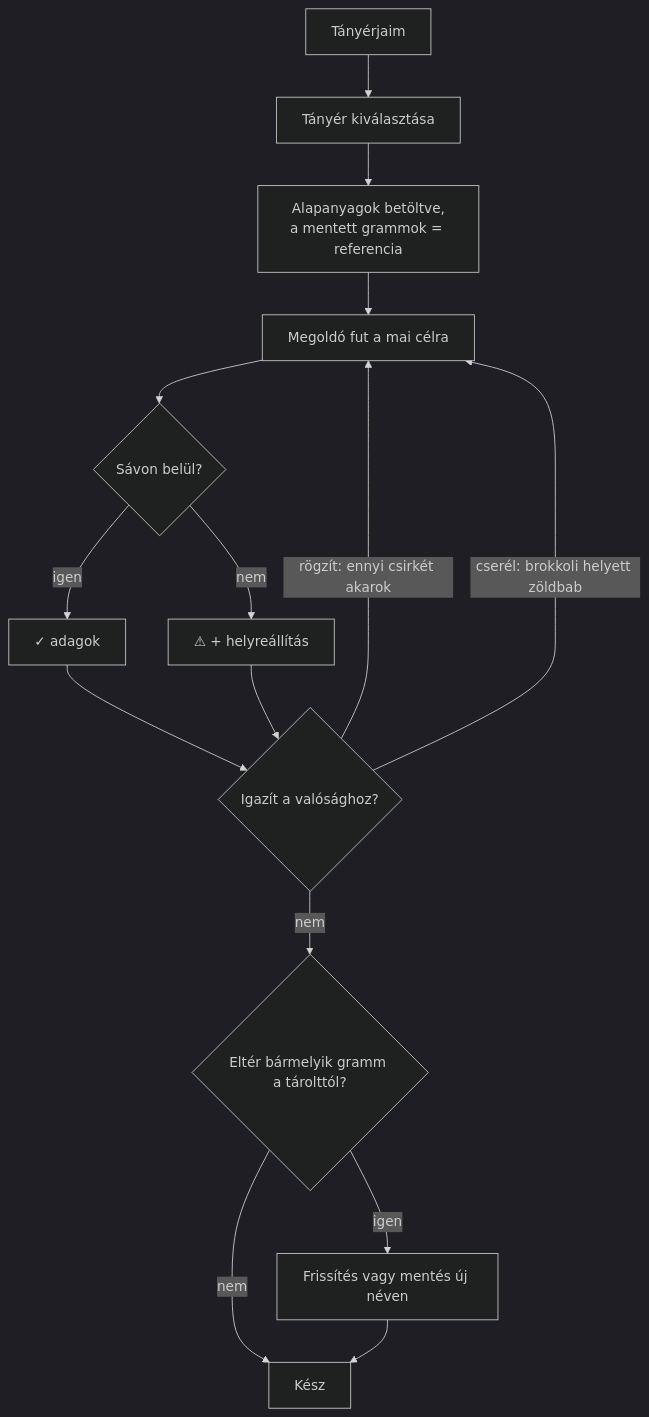
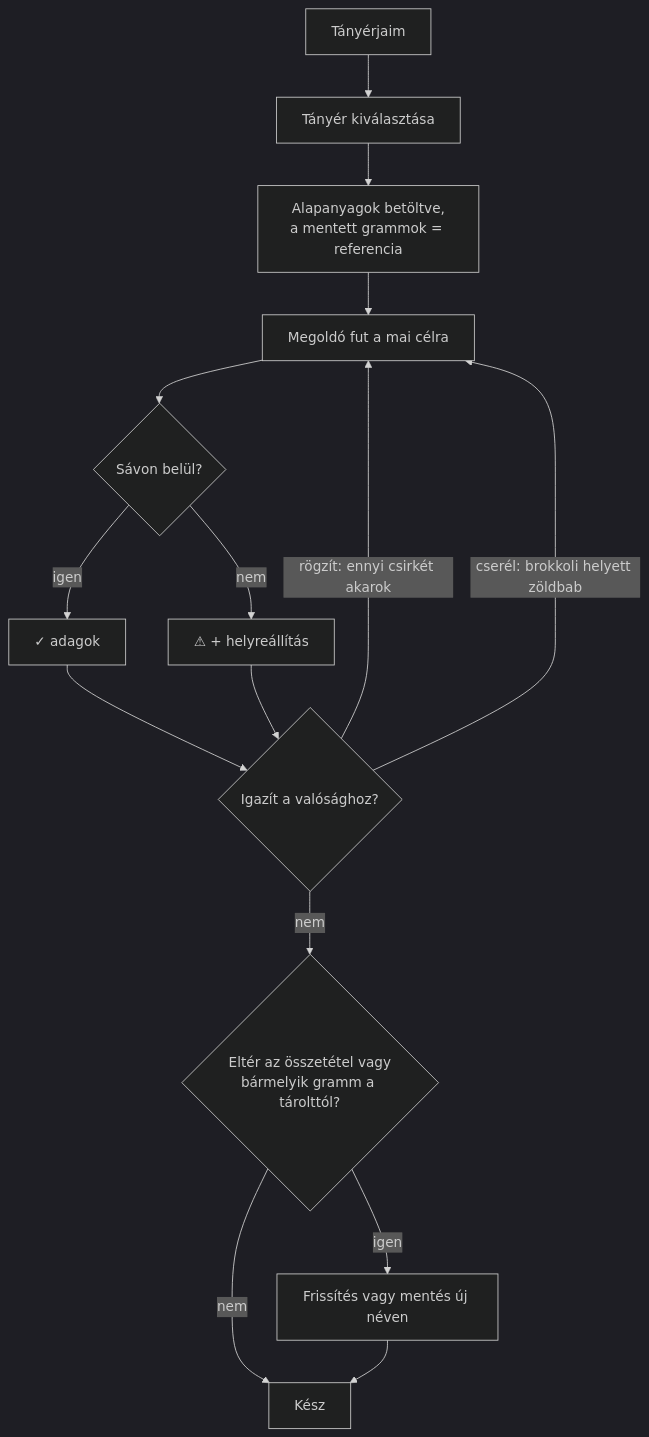
One commit to Izayata/ketara-artifacts changed the second of 3 diagrams in ketara-folyamatok-kepernyok.md. Above: the diagram before and after it, drawn with Mermaid (dark theme). The commit also changed other lines of this file and 2 other files, not shown here.

First line of the commit message:
PRD v1.1, flows v0.8, UX v0.4: fixes from the v1.0 cold review

````diff
--- a/ketara-folyamatok-kepernyok.md
+++ b/ketara-folyamatok-kepernyok.md
@@ -71,17 +74,17 @@
 ```mermaid
 flowchart TD
     A[Tányérjaim] --> B[Tányér kiválasztása]
     B --> C["Alapanyagok betöltve,<br/>a mentett grammok = referencia"]
     C --> D[Megoldó fut a mai célra]
     D --> E{Sávon belül?}
     E -- igen --> F["✓ adagok"]
     E -- nem --> G["⚠ + helyreállítás"]
     F --> H{Igazít a valósághoz?}
     G --> H
     H -- "rögzít: ennyi csirkét akarok" --> D
     H -- "cserél: brokkoli helyett zöldbab" --> D
-    H -- nem --> I{Eltér bármelyik gramm a tárolttól?}
+    H -- nem --> I{"Eltér az összetétel vagy<br/>bármelyik gramm a tárolttól?"}
     I -- igen --> J["Frissítés vagy mentés új néven"]
-    I -- nem --> K[Kész]
+    I -- nem --> K["Kész"]
     J --> K
 ```
````
